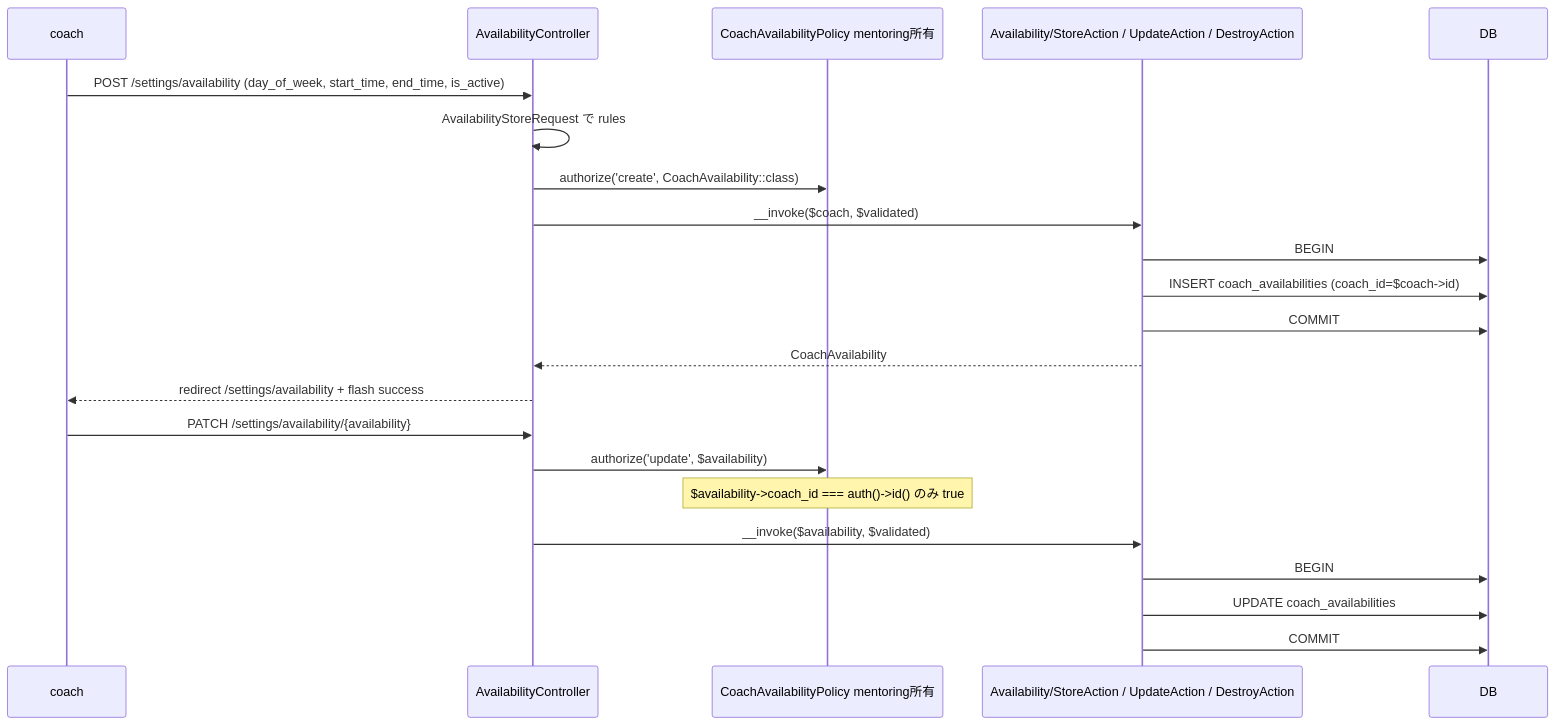
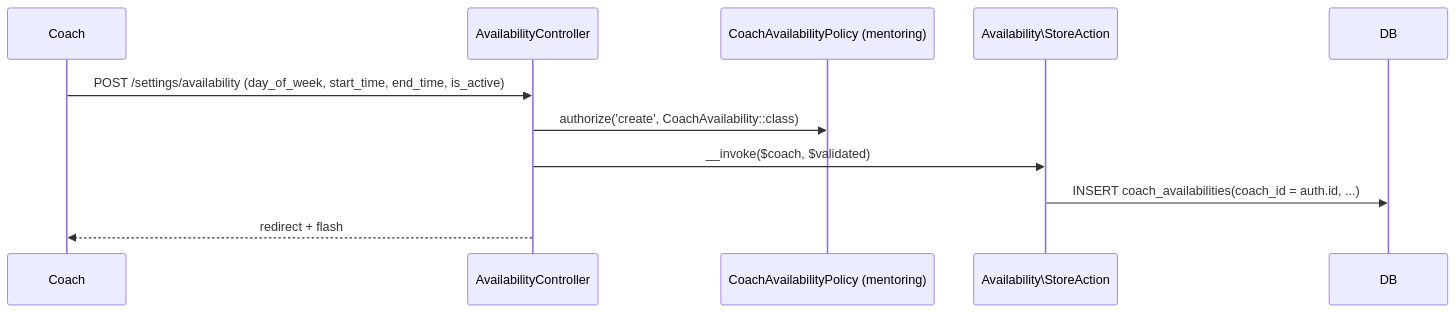
One commit to coachtech-mockcase-second/ExampleAnswer-mockcase-CertifyLMS changed the third of 3 diagrams in docs/specs/settings-profile/design.md. Above: the diagram before and after it, drawn with Mermaid. The commit also changed other lines of this file and 67 other files, not shown here.

````diff
--- a/docs/specs/settings-profile/design.md
+++ b/docs/specs/settings-profile/design.md
@@ -90,26 +73,13 @@
 ```mermaid
 sequenceDiagram
-    participant C as coach
+    participant Coach
     participant AC as AvailabilityController
-    participant Pol as CoachAvailabilityPolicy mentoring所有
-    participant UA as Availability/StoreAction / UpdateAction / DestroyAction
-    participant DB as DB
+    participant Pol as CoachAvailabilityPolicy (mentoring)
+    participant SA as Availability\StoreAction
 
-    C->>AC: POST /settings/availability (day_of_week, start_time, end_time, is_active)
-    AC->>AC: AvailabilityStoreRequest で rules
+    Coach->>AC: POST /settings/availability (day_of_week, start_time, end_time, is_active)
     AC->>Pol: authorize('create', CoachAvailability::class)
-    AC->>UA: __invoke($coach, $validated)
-    UA->>DB: BEGIN
-    UA->>DB: INSERT coach_availabilities (coach_id=$coach->id)
-    UA->>DB: COMMIT
-    UA-->>AC: CoachAvailability
-    AC-->>C: redirect /settings/availability + flash success
-
-    C->>AC: PATCH /settings/availability/{availability}
-    AC->>Pol: authorize('update', $availability)
-    Note over Pol: $availability->coach_id === auth()->id() のみ true
-    AC->>UA: __invoke($availability, $validated)
-    UA->>DB: BEGIN
-    UA->>DB: UPDATE coach_availabilities
-    UA->>DB: COMMIT
+    AC->>SA: __invoke($coach, $validated)
+    SA->>DB: INSERT coach_availabilities(coach_id = auth.id, ...)
+    AC-->>Coach: redirect + flash
 ```
````
